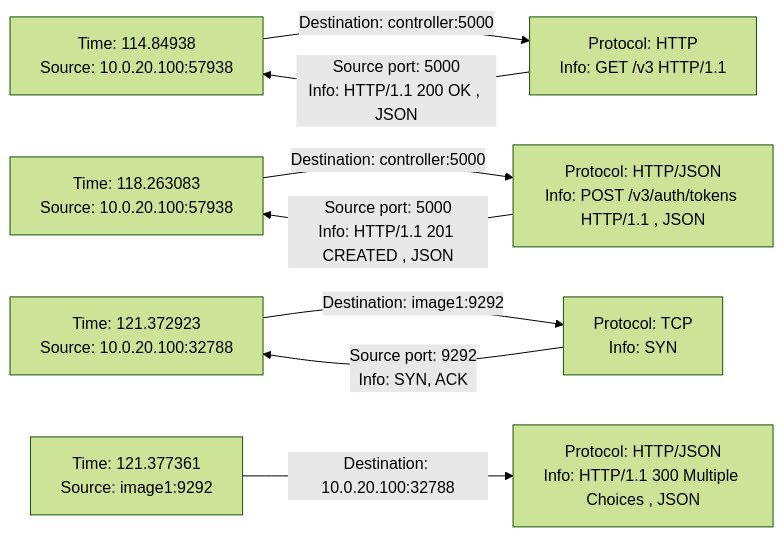
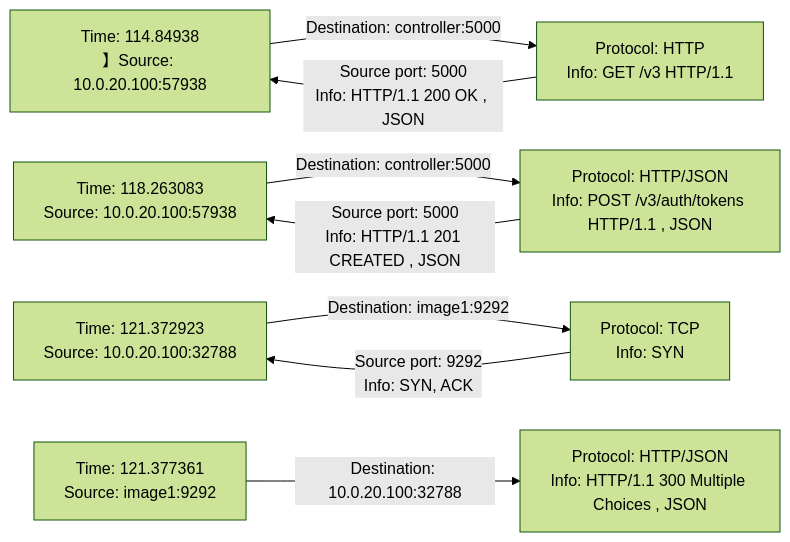
Before and after one commit to googlelxhgithub/iodraw-files: the diagram in all/openstack1.md, drawn with Mermaid (forest theme).

Commit message:
2024-07-13 11:51:51 update

````diff
--- a/all/openstack1.md
+++ b/all/openstack1.md
@@ -1,10 +1,10 @@
 ```mermaid
 flowchart LR
-    A[Time: 114.84938<br>Source: 10.0.20.100:57938] -- Destination: controller:5000 --> B[Protocol: HTTP<br>Info: GET /v3 HTTP/1.1]
+    A[Time: 114.84938<br>】Source: 10.0.20.100:57938] -- Destination: controller:5000 --> B[Protocol: HTTP<br>Info: GET /v3 HTTP/1.1]
     B -- Source port: 5000<br>Info: HTTP/1.1 200 OK , JSON --> A
     C[Time: 118.263083<br>Source: 10.0.20.100:57938] -- Destination: controller:5000 --> D[Protocol: HTTP/JSON<br>Info: POST /v3/auth/tokens HTTP/1.1 , JSON]
     D -- Source port: 5000<br>Info: HTTP/1.1 201 CREATED , JSON --> C
     E[Time: 121.372923<br>Source: 10.0.20.100:32788] -- Destination: image1:9292 --> F[Protocol: TCP<br>Info: SYN]
     F -- Source port: 9292<br>Info: SYN, ACK --> E
     G[Time: 121.377361<br>Source: image1:9292] -- Destination: 10.0.20.100:32788 --> H[Protocol: HTTP/JSON<br>Info: HTTP/1.1 300 Multiple Choices , JSON]
 ```
````
